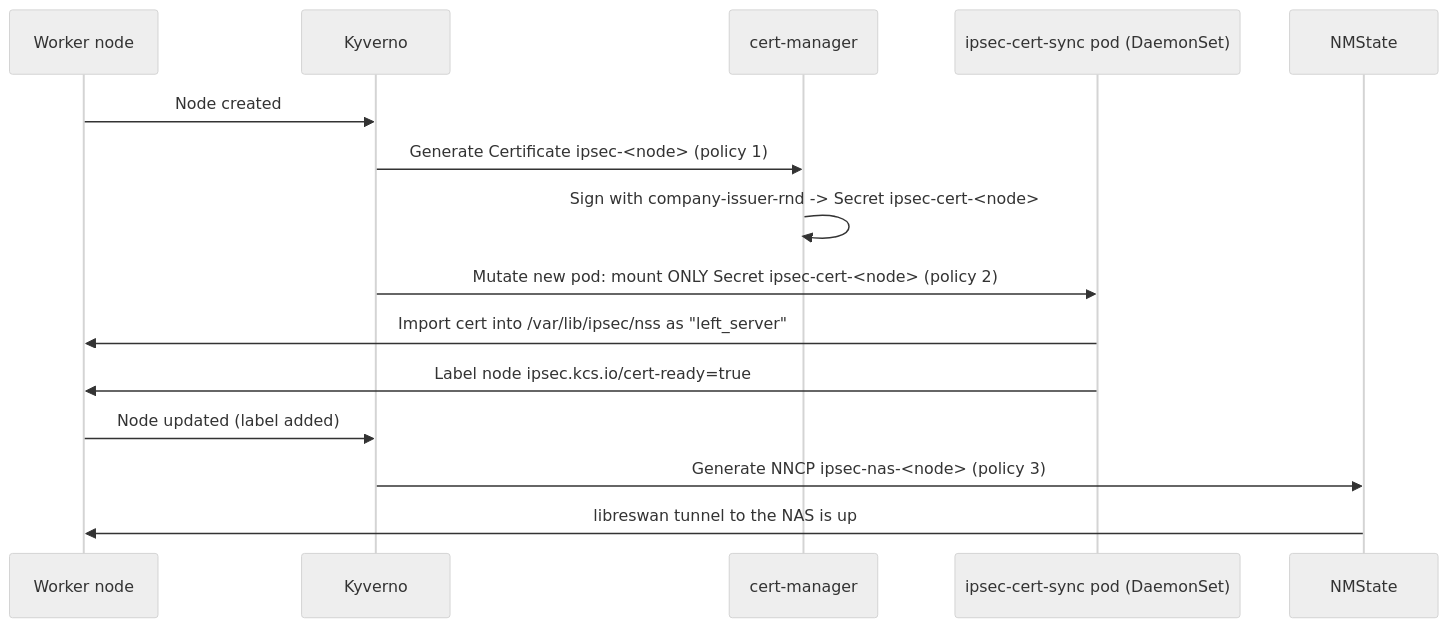
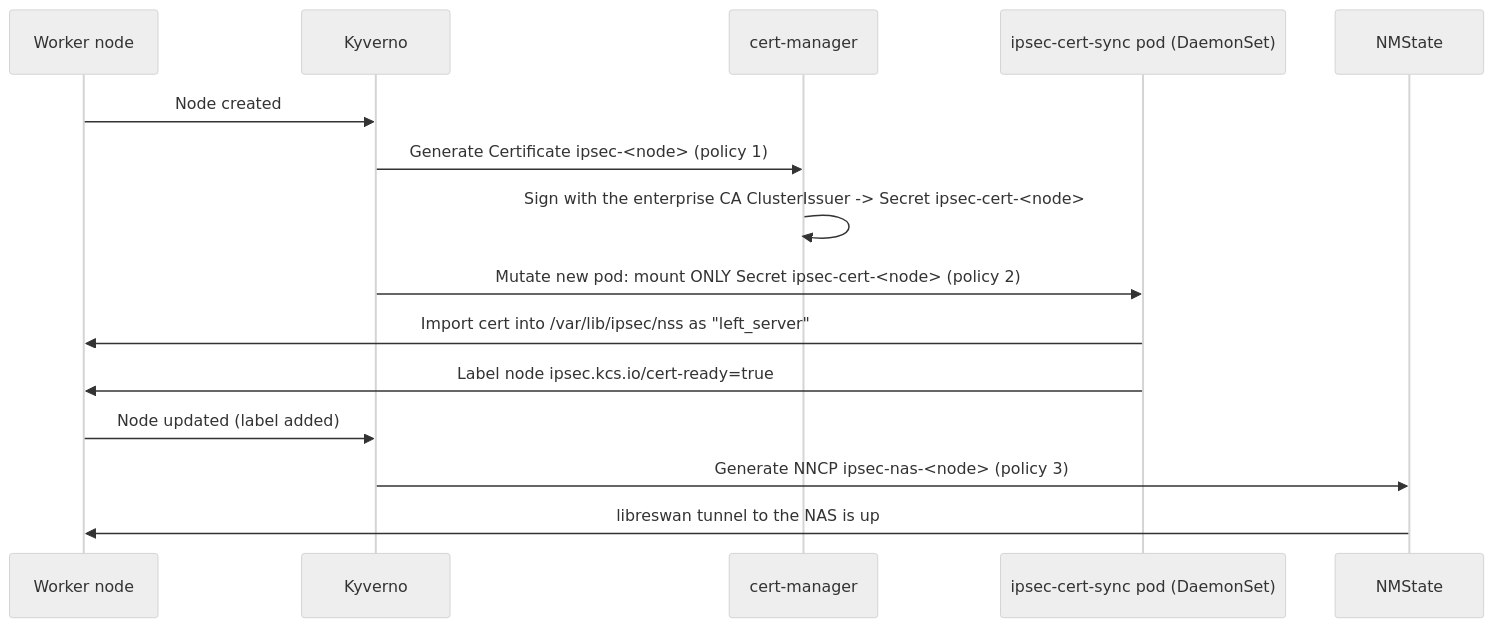
One commit to ephico2real2/openshift-ipsec-nas changed the diagram in docs/diagrams/mermaid/option-b-per-node-certs.mmd. Above: the diagram before and after it, drawn with Mermaid (neutral theme). The commit also changed 7 other files, not shown here.

First line of the commit message:
Use the cluster's existing enterprise CA issuer; never create one

```diff
--- a/docs/diagrams/mermaid/option-b-per-node-certs.mmd
+++ b/docs/diagrams/mermaid/option-b-per-node-certs.mmd
@@ -1,18 +1,18 @@
 %% Option B: one certificate per node (guide section 3.0).
 %% Text source only. The figure shown in the docs is docs/diagrams/ipsec-nas/option-b-per-node-certs.*.png.
 sequenceDiagram
     participant N as Worker node
     participant K as Kyverno
     participant CM as cert-manager
     participant D as ipsec-cert-sync pod (DaemonSet)
     participant NM as NMState
 
     N->>K: Node created
     K->>CM: Generate Certificate ipsec-<node> (policy 1)
-    CM->>CM: Sign with company-issuer-rnd -> Secret ipsec-cert-<node>
+    CM->>CM: Sign with the enterprise CA ClusterIssuer -> Secret ipsec-cert-<node>
     K->>D: Mutate new pod: mount ONLY Secret ipsec-cert-<node> (policy 2)
     D->>N: Import cert into /var/lib/ipsec/nss as "left_server"
     D->>N: Label node ipsec.kcs.io/cert-ready=true
     N->>K: Node updated (label added)
     K->>NM: Generate NNCP ipsec-nas-<node> (policy 3)
     NM->>N: libreswan tunnel to the NAS is up
```
